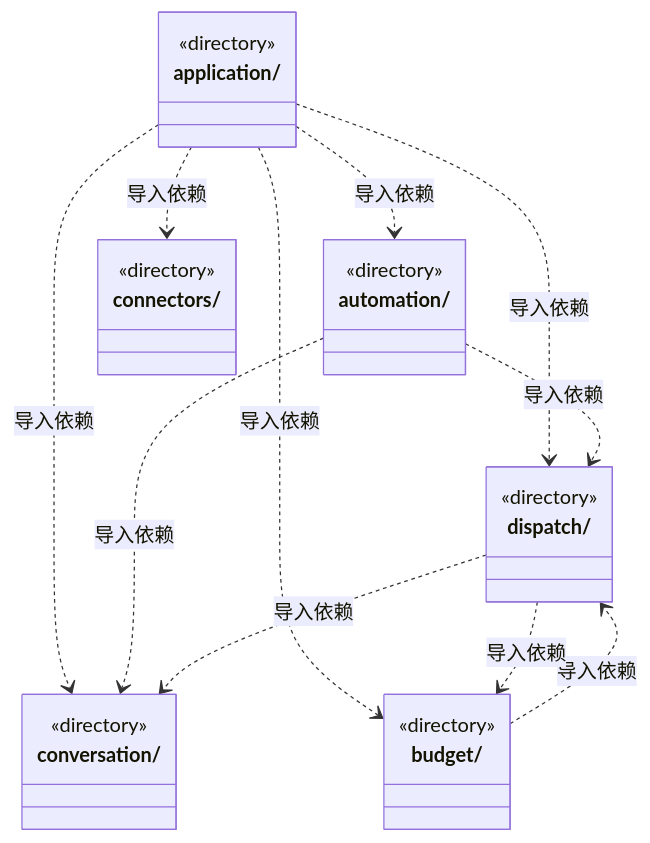
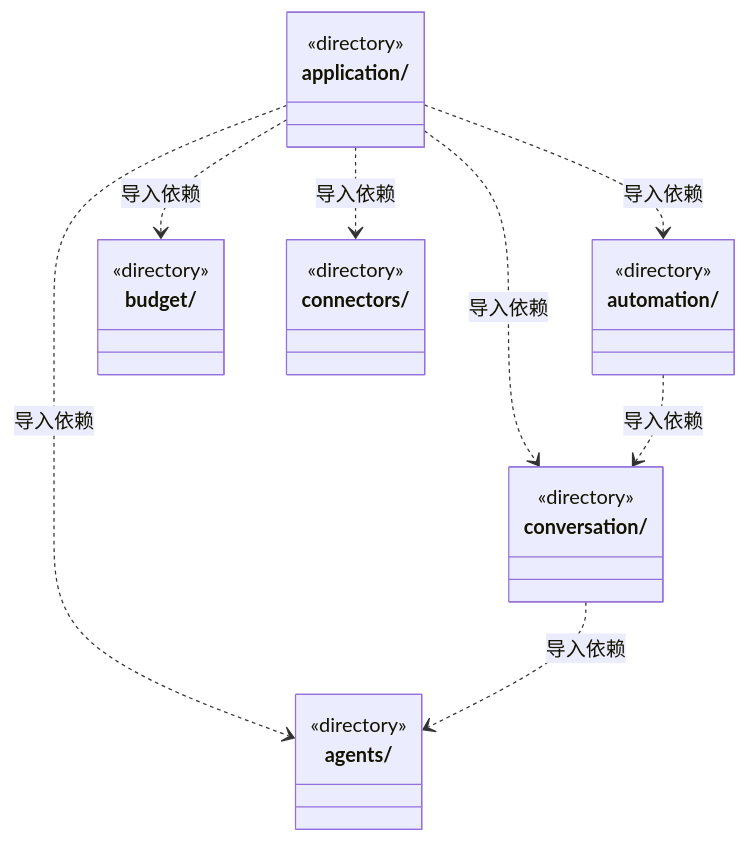
Before and after one commit to nan023062/cbim: the first of 5 diagrams in src/logic/ARCHITECTURE.md, drawn with Mermaid. The commit also changed other lines of this file and 87 other files, not shown here.

````diff
--- a/src/logic/ARCHITECTURE.md
+++ b/src/logic/ARCHITECTURE.md
@@ -15,31 +15,28 @@
 ```mermaid
 classDiagram
+class N_src_logic_agents["agents/"] {
+  <<directory>>
+}
 class N_src_logic_application["application/"] {
   <<directory>>
 }
 class N_src_logic_automation["automation/"] {
   <<directory>>
 }
 class N_src_logic_budget["budget/"] {
   <<directory>>
 }
 class N_src_logic_connectors["connectors/"] {
   <<directory>>
 }
 class N_src_logic_conversation["conversation/"] {
   <<directory>>
 }
-class N_src_logic_dispatch["dispatch/"] {
-  <<directory>>
-}
 N_src_logic_application ..> N_src_logic_automation : 导入依赖
 N_src_logic_application ..> N_src_logic_budget : 导入依赖
-N_src_logic_application ..> N_src_logic_dispatch : 导入依赖
 N_src_logic_application ..> N_src_logic_conversation : 导入依赖
 N_src_logic_application ..> N_src_logic_connectors : 导入依赖
+N_src_logic_application ..> N_src_logic_agents : 导入依赖
 N_src_logic_automation ..> N_src_logic_conversation : 导入依赖
-N_src_logic_automation ..> N_src_logic_dispatch : 导入依赖
-N_src_logic_budget ..> N_src_logic_dispatch : 导入依赖
-N_src_logic_dispatch ..> N_src_logic_budget : 导入依赖
-N_src_logic_dispatch ..> N_src_logic_conversation : 导入依赖
+N_src_logic_conversation ..> N_src_logic_agents : 导入依赖
 ```
````
